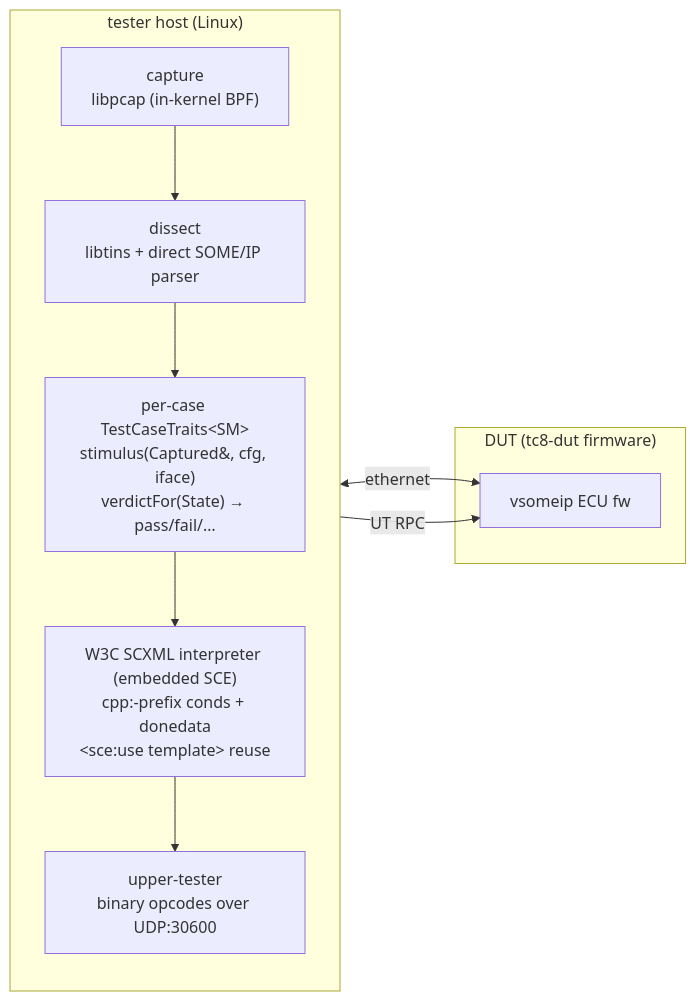
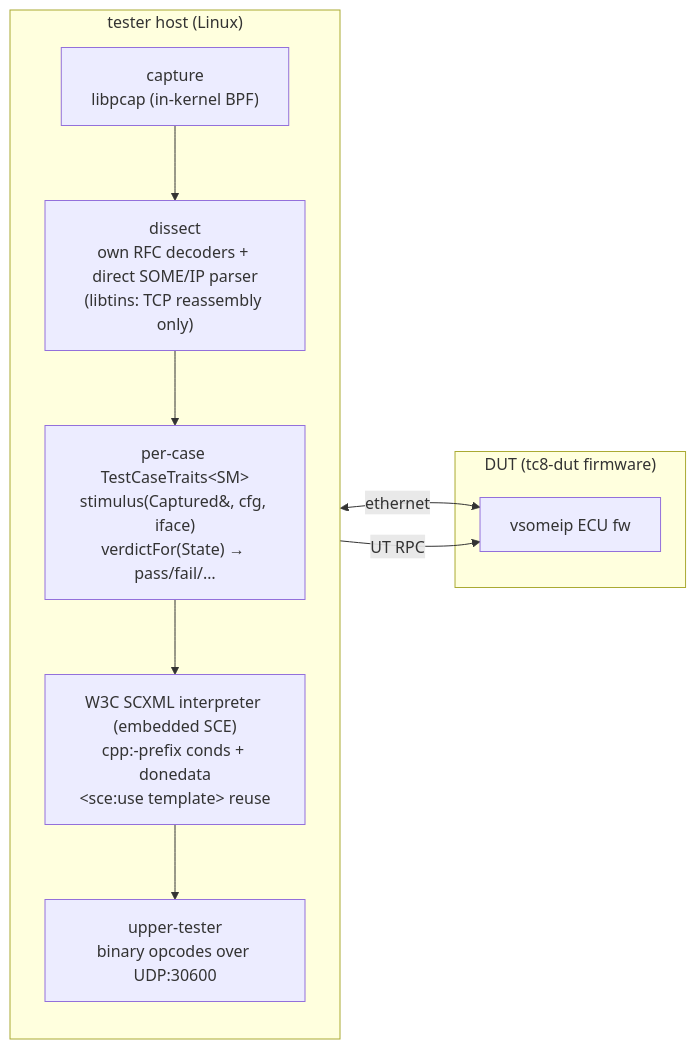
One commit to newmassrael/tc8-harness changed the first of 3 diagrams in README.md. Above: the diagram before and after it, drawn with Mermaid. The commit also changed other lines of this file and 29 other files, not shown here.

First line of the commit message:
fix(dissect): Read every captured layer with the harness's RFC decoders

````diff
--- a/README.md
+++ b/README.md
@@ -28,17 +28,17 @@
 ```mermaid
 flowchart LR
   subgraph Tester["tester host (Linux)"]
     direction TB
     cap["capture<br/>libpcap (in-kernel BPF)"]
-    dis["dissect<br/>libtins + direct SOME/IP parser"]
+    dis["dissect<br/>own RFC decoders + direct SOME/IP parser<br/>(libtins: TCP reassembly only)"]
     traits["per-case TestCaseTraits&lt;SM&gt;<br/>stimulus(Captured&, cfg, iface)<br/>verdictFor(State) → pass/fail/…"]
     sce["W3C SCXML interpreter (embedded SCE)<br/>cpp:-prefix conds + donedata<br/>&lt;sce:use template&gt; reuse"]
     ut["upper-tester<br/>binary opcodes over UDP:30600"]
     cap --> dis --> traits --> sce --> ut
   end
   subgraph DUT["DUT (tc8-dut firmware)"]
     fw["vsomeip ECU fw"]
   end
   cap <-->|ethernet| fw
   ut -->|UT RPC| fw
 ```
````
